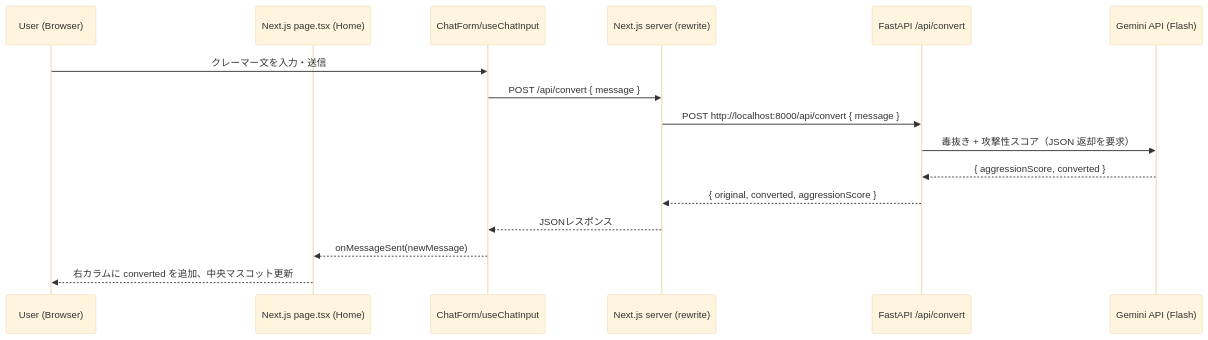
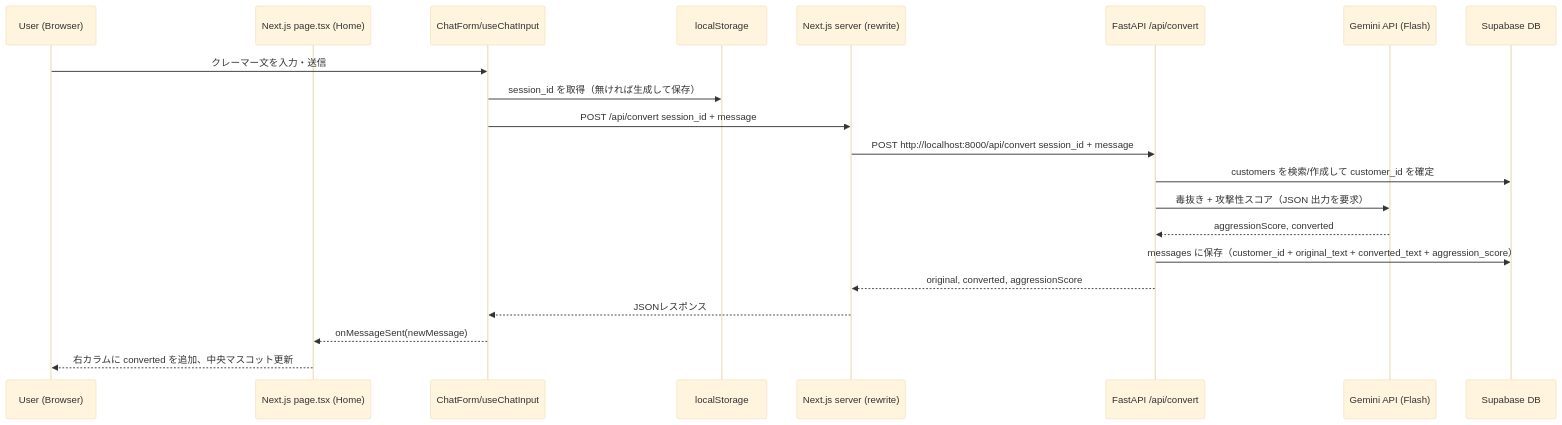
One commit to Uzy03/Hackathon_2026-3-7 changed the second of 4 diagrams in _docs/実装状況.md. Above: the diagram before and after it, drawn with Mermaid (base theme). The commit also changed other lines of this file, not shown here.

````diff
--- a/_docs/実装状況.md
+++ b/_docs/実装状況.md
@@ -21,19 +22,24 @@
 ```mermaid
 sequenceDiagram
   participant User as User (Browser)
   participant Page as Next.js page.tsx (Home)
   participant Chat as ChatForm/useChatInput
+  participant Storage as localStorage
   participant Next as Next.js server (rewrite)
   participant API as FastAPI /api/convert
   participant Gemini as Gemini API (Flash)
+  participant DB as Supabase DB
 
   User->>Chat: クレーマー文を入力・送信
-  Chat->>Next: POST /api/convert { message }
-  Next->>API: POST http://localhost:8000/api/convert { message }
-  API->>Gemini: 毒抜き + 攻撃性スコア（JSON 返却を要求）
-  Gemini-->>API: { aggressionScore, converted }
-  API-->>Next: { original, converted, aggressionScore }
+  Chat->>Storage: session_id を取得（無ければ生成して保存）
+  Chat->>Next: POST /api/convert session_id + message
+  Next->>API: POST http://localhost:8000/api/convert session_id + message
+  API->>DB: customers を検索/作成して customer_id を確定
+  API->>Gemini: 毒抜き + 攻撃性スコア（JSON 出力を要求）
+  Gemini-->>API: aggressionScore, converted
+  API->>DB: messages に保存（customer_id + original_text + converted_text + aggression_score）
+  API-->>Next: original, converted, aggressionScore
   Next-->>Chat: JSONレスポンス
   Chat-->>Page: onMessageSent(newMessage)
   Page-->>User: 右カラムに converted を追加、中央マスコット更新
 ```
````
